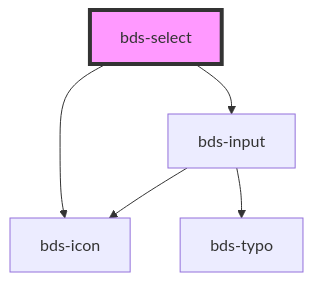
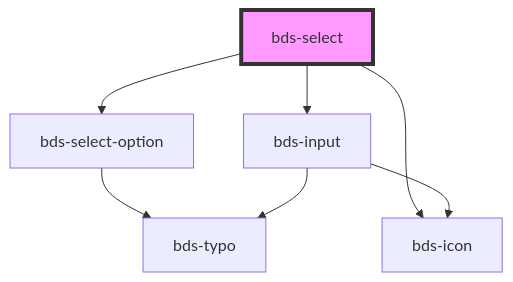
Before and after one commit to takenet/blip-ds: the diagram in src/components/select/readme.md, drawn with Mermaid. The commit also changed other lines of this file and 9 other files, not shown here.

````diff
--- a/src/components/select/readme.md
+++ b/src/components/select/readme.md
@@ -16,8 +24,10 @@
 ```mermaid
 graph TD;
+  bds-select --> bds-select-option
   bds-select --> bds-input
   bds-select --> bds-icon
+  bds-select-option --> bds-typo
   bds-input --> bds-icon
   bds-input --> bds-typo
   style bds-select fill:#f9f,stroke:#333,stroke-width:4px
 ```
````
